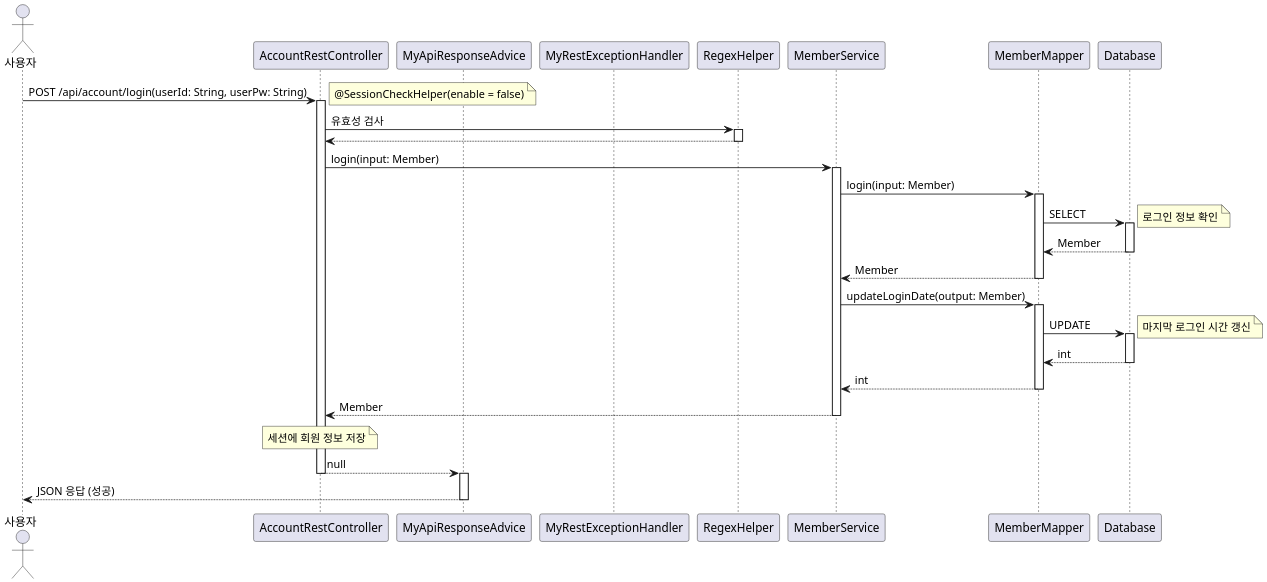
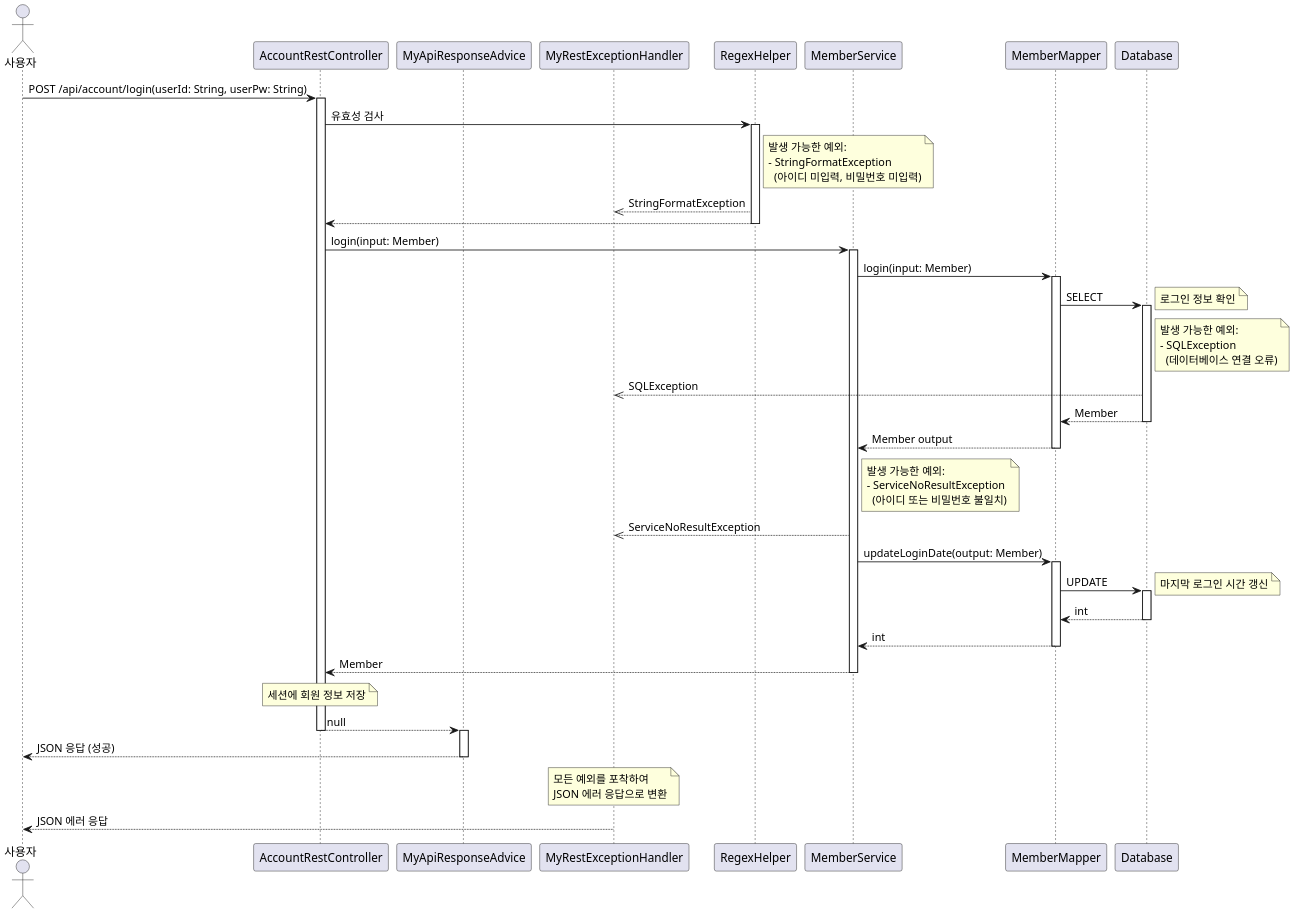
Before and after one commit to leekh4232/study-myshop: the diagram in uml/AccountRestController/login_Sequence.puml, drawn with PlantUML. The commit also changed 138 other files, not shown here.

```diff
--- a/uml/AccountRestController/login_Sequence.puml
+++ b/uml/AccountRestController/login_Sequence.puml
@@ -1,54 +1,63 @@
 @startuml
 skinparam dpi 200
 
 actor Actor as "사용자"
 participant AccountRestController
 participant MyApiResponseAdvice
 participant MyRestExceptionHandler
 participant RegexHelper
 participant MemberService
 participant MemberMapper
 participant Database
 
 Actor -> AccountRestController: POST /api/account/login(userId: String, userPw: String)
 activate AccountRestController
-note right: @SessionCheckHelper(enable = false)
 
 AccountRestController -> RegexHelper: 유효성 검사
 activate RegexHelper
+note right of RegexHelper: 발생 가능한 예외:\n- StringFormatException\n  (아이디 미입력, 비밀번호 미입력)
+RegexHelper -->> MyRestExceptionHandler: StringFormatException
 RegexHelper --> AccountRestController
 deactivate RegexHelper
 
 AccountRestController -> MemberService: login(input: Member)
 activate MemberService
 MemberService -> MemberMapper: login(input: Member)
 activate MemberMapper
 MemberMapper -> Database: SELECT
 activate Database
 note right: 로그인 정보 확인
+note right of Database: 발생 가능한 예외:\n- SQLException\n  (데이터베이스 연결 오류)
+Database -->> MyRestExceptionHandler: SQLException
 Database --> MemberMapper: Member
 deactivate Database
-MemberMapper --> MemberService: Member
+MemberMapper --> MemberService: Member output
 deactivate MemberMapper
+
+note right of MemberService: 발생 가능한 예외:\n- ServiceNoResultException\n  (아이디 또는 비밀번호 불일치)
+MemberService -->> MyRestExceptionHandler: ServiceNoResultException
 
 MemberService -> MemberMapper: updateLoginDate(output: Member)
 activate MemberMapper
 MemberMapper -> Database: UPDATE
 activate Database
 note right: 마지막 로그인 시간 갱신
 Database --> MemberMapper: int
 deactivate Database
 MemberMapper --> MemberService: int
 deactivate MemberMapper
 MemberService --> AccountRestController: Member
 deactivate MemberService
 
 note over AccountRestController: 세션에 회원 정보 저장
 
 AccountRestController --> MyApiResponseAdvice: null
 deactivate AccountRestController
 activate MyApiResponseAdvice
 MyApiResponseAdvice --> Actor: JSON 응답 (성공)
 deactivate MyApiResponseAdvice
 
+note over MyRestExceptionHandler: 모든 예외를 포착하여\nJSON 에러 응답으로 변환
+MyRestExceptionHandler --> Actor: JSON 에러 응답
+
 @enduml
```
